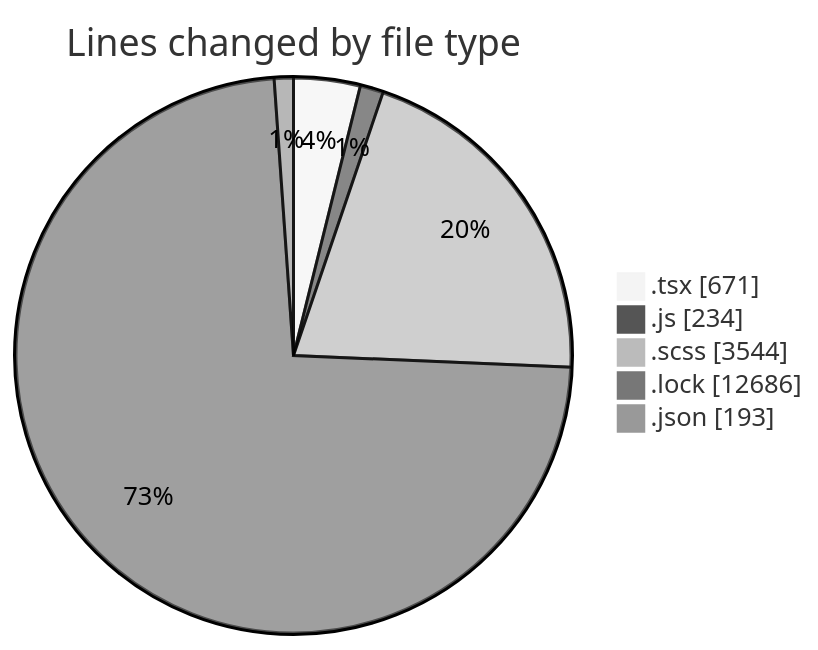
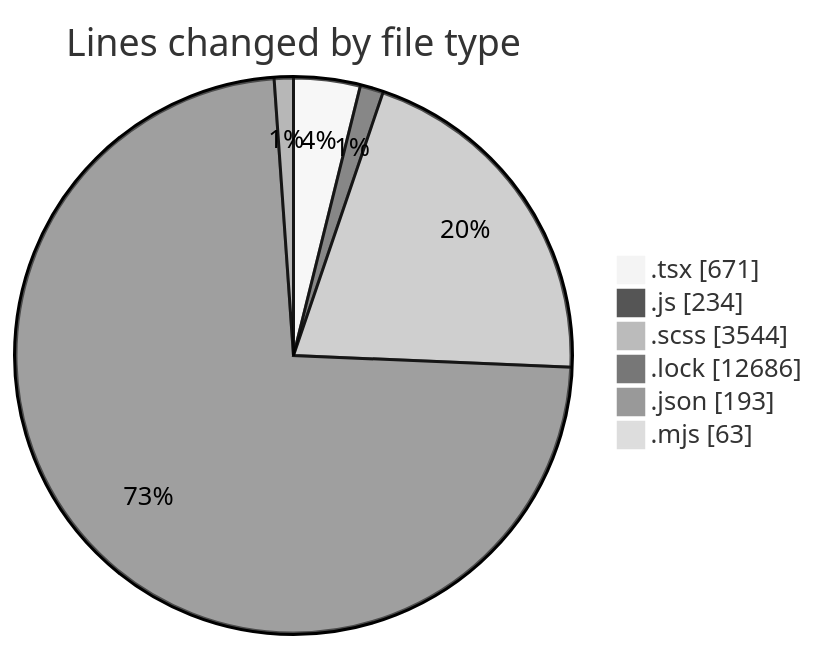
The first of 2 diagrams in 2026-01-22/cda-web-components/README.md (momahboobian/code-tracking), drawn with Mermaid (neutral theme) before and after one commit. The commit also changed other lines of this file and 1 other file, not shown here.

````diff
--- a/2026-01-22/cda-web-components/README.md
+++ b/2026-01-22/cda-web-components/README.md
@@ -56,9 +57,10 @@
 ```mermaid
 pie showData
 title Lines changed by file type
 ".tsx" : 671
 ".js" : 234
 ".scss" : 3544
 ".lock" : 12686
 ".json" : 193
+".mjs" : 63
 ```
````
